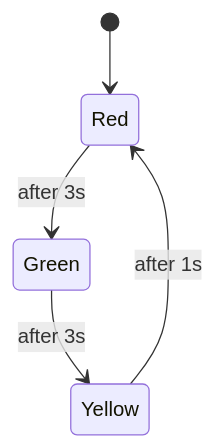
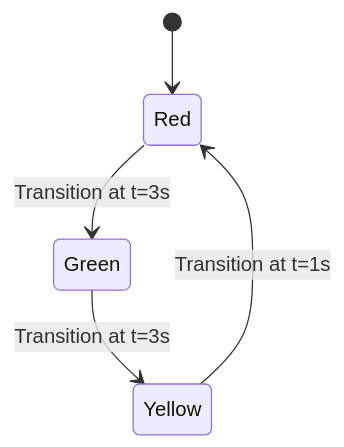
The fourth of 9 diagrams in src/content/docs/posts/intro-to-hardware/index.md (jithurx/learn), drawn with Mermaid before and after one commit. The commit also changed other lines of this file, not shown here.

````diff
--- a/src/content/docs/posts/intro-to-hardware/index.md
+++ b/src/content/docs/posts/intro-to-hardware/index.md
@@ -222,7 +217,7 @@
 ```mermaid
 stateDiagram-v2
     [*] --> Red
-    Red --> Green: after 3s
-    Green --> Yellow: after 3s
-    Yellow --> Red: after 1s
+    Red --> Green: Transition at t=3s
+    Green --> Yellow: Transition at t=3s
+    Yellow --> Red: Transition at t=1s
 ```
````
